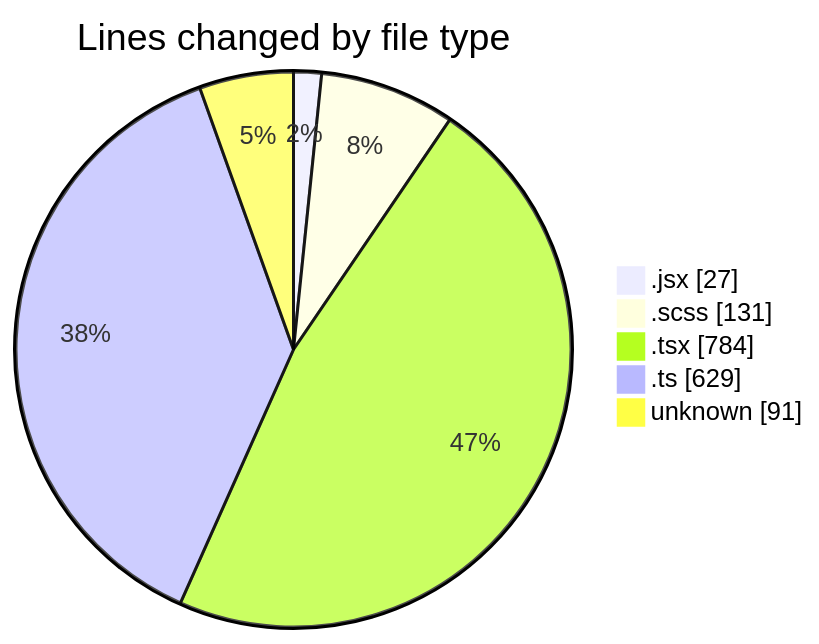
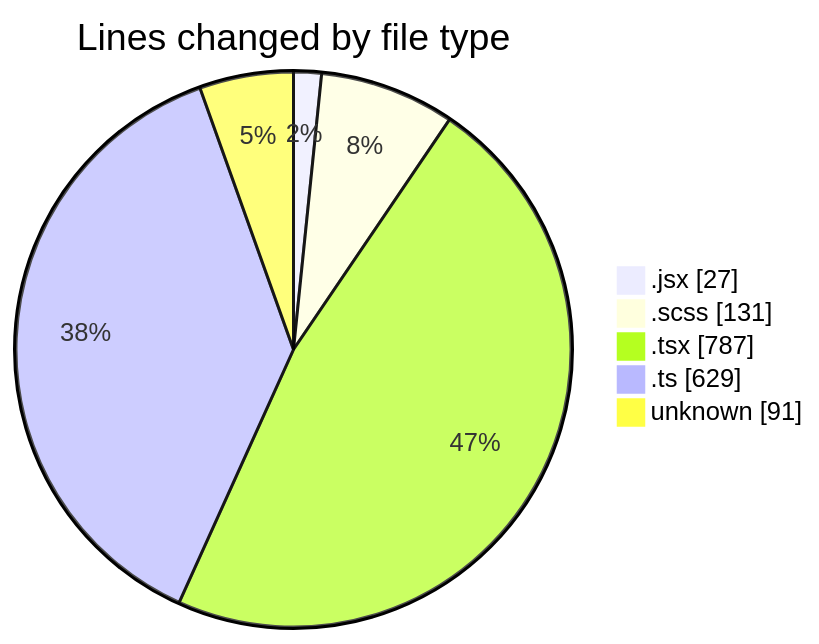
The first of 2 diagrams in 2026-03-16/cda/README.md (momahboobian/code-tracking), drawn with Mermaid before and after one commit. The commit also changed other lines of this file and 1 other file, not shown here.

````diff
--- a/2026-03-16/cda/README.md
+++ b/2026-03-16/cda/README.md
@@ -31,9 +31,9 @@
 ```mermaid
 pie showData
 title Lines changed by file type
 ".jsx" : 27
 ".scss" : 131
-".tsx" : 784
+".tsx" : 787
 ".ts" : 629
 "unknown" : 91
 ```
````
